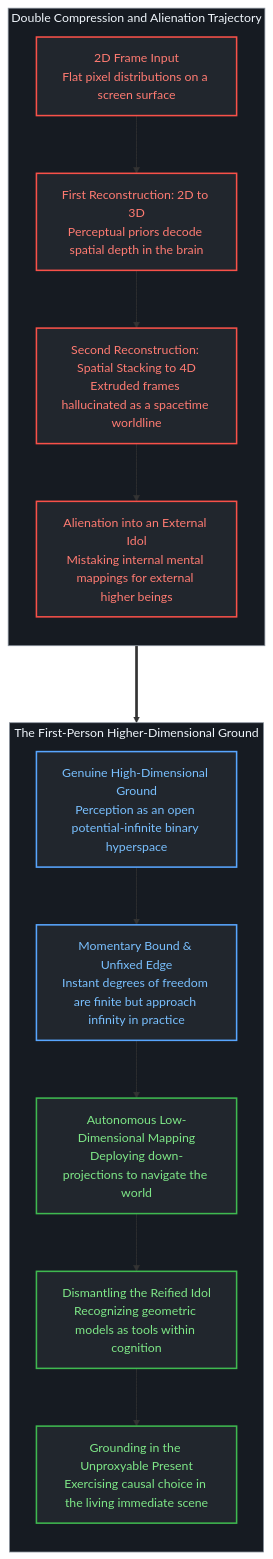
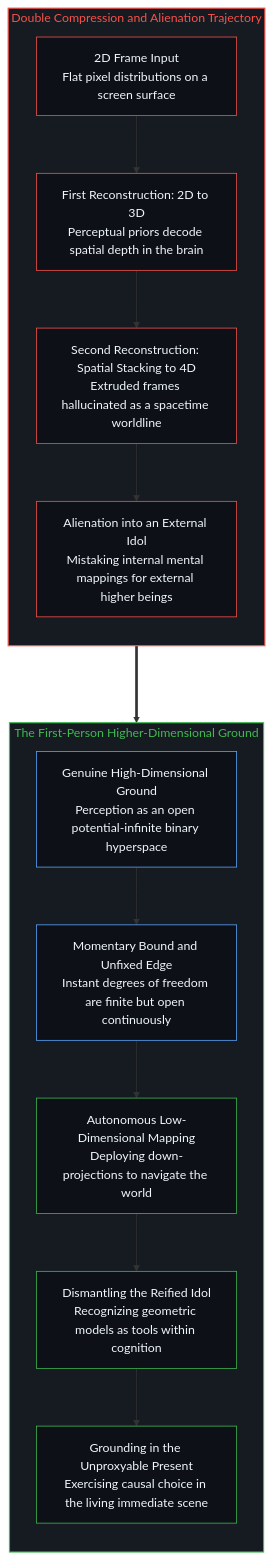
The second of 4 diagrams in content/posts/the-myth-of-the-four-dimensional-deer-and-the-present-model.md (powerpig99/not-a-toe), drawn with Mermaid before and after one commit. The commit also changed other lines of this file and 17 other files, not shown here.

````diff
--- a/content/posts/the-myth-of-the-four-dimensional-deer-and-the-present-model.md
+++ b/content/posts/the-myth-of-the-four-dimensional-deer-and-the-present-model.md
@@ -62,30 +63,31 @@
 ```mermaid
-graph TD
-    classDef default fill:#0d1117,stroke:#30363d,stroke-width:1px,color:#c9d1d9;
-    classDef canvas fill:#161b22,stroke:#8b949e,stroke-width:1px,color:#f0f6fc;
-    classDef errNode fill:#21262d,stroke:#f85149,stroke-width:2px,color:#ff7b72;
-    classDef actNode fill:#21262d,stroke:#58a6ff,stroke-width:2px,color:#79c0ff;
-    classDef resNode fill:#21262d,stroke:#3fb950,stroke-width:2px,color:#7ee787;
-
-    subgraph ErrorTrack ["Double Compression and Alienation Trajectory"]
+flowchart TD
+    subgraph S_ErrorTrack["Double Compression and Alienation Trajectory"]
         direction TB
         E1["2D Frame Input<br/>Flat pixel distributions on a screen surface"] --> E2["First Reconstruction: 2D to 3D<br/>Perceptual priors decode spatial depth in the brain"]
         E2 --> E3["Second Reconstruction: Spatial Stacking to 4D<br/>Extruded frames hallucinated as a spacetime worldline"]
         E3 --> E4["Alienation into an External Idol<br/>Mistaking internal mental mappings for external higher beings"]
     end
 
-    ErrorTrack ===> RealityTrack
+    S_ErrorTrack ===> S_RealityTrack
 
-    subgraph RealityTrack ["The First-Person Higher-Dimensional Ground"]
+    subgraph S_RealityTrack["The First-Person Higher-Dimensional Ground"]
         direction TB
-        R1["Genuine High-Dimensional Ground<br/>Perception as an open potential-infinite binary hyperspace"] --> R2["Momentary Bound & Unfixed Edge<br/>Instant degrees of freedom are finite but approach infinity in practice"]
+        R1["Genuine High-Dimensional Ground<br/>Perception as an open potential-infinite binary hyperspace"] --> R2["Momentary Bound and Unfixed Edge<br/>Instant degrees of freedom are finite but open continuously"]
         R2 --> R3["Autonomous Low-Dimensional Mapping<br/>Deploying down-projections to navigate the world"]
         R3 --> R4["Dismantling the Reified Idol<br/>Recognizing geometric models as tools within cognition"]
         R4 --> R5["Grounding in the Unproxyable Present<br/>Exercising causal choice in the living immediate scene"]
     end
 
-    class ErrorTrack,RealityTrack canvas;
-    class E1,E2,E3,E4 errNode;
-    class R1,R2 actNode;
-    class R3,R4,R5 resNode;
+    style S_ErrorTrack fill:#161b22,stroke:#f85149,stroke-width:1.5px,color:#f85149
+    style S_RealityTrack fill:#161b22,stroke:#3fb950,stroke-width:1.5px,color:#3fb950
+    style E1 fill:#0d1117,stroke:#f85149,stroke-width:1px,color:#f0f6fc
+    style E2 fill:#0d1117,stroke:#f85149,stroke-width:1px,color:#f0f6fc
+    style E3 fill:#0d1117,stroke:#f85149,stroke-width:1px,color:#f0f6fc
+    style E4 fill:#0d1117,stroke:#f85149,stroke-width:1px,color:#f0f6fc
+    style R1 fill:#0d1117,stroke:#58a6ff,stroke-width:1px,color:#f0f6fc
+    style R2 fill:#0d1117,stroke:#58a6ff,stroke-width:1px,color:#f0f6fc
+    style R3 fill:#0d1117,stroke:#3fb950,stroke-width:1px,color:#f0f6fc
+    style R4 fill:#0d1117,stroke:#3fb950,stroke-width:1px,color:#f0f6fc
+    style R5 fill:#0d1117,stroke:#3fb950,stroke-width:1px,color:#f0f6fc
 ```
````
